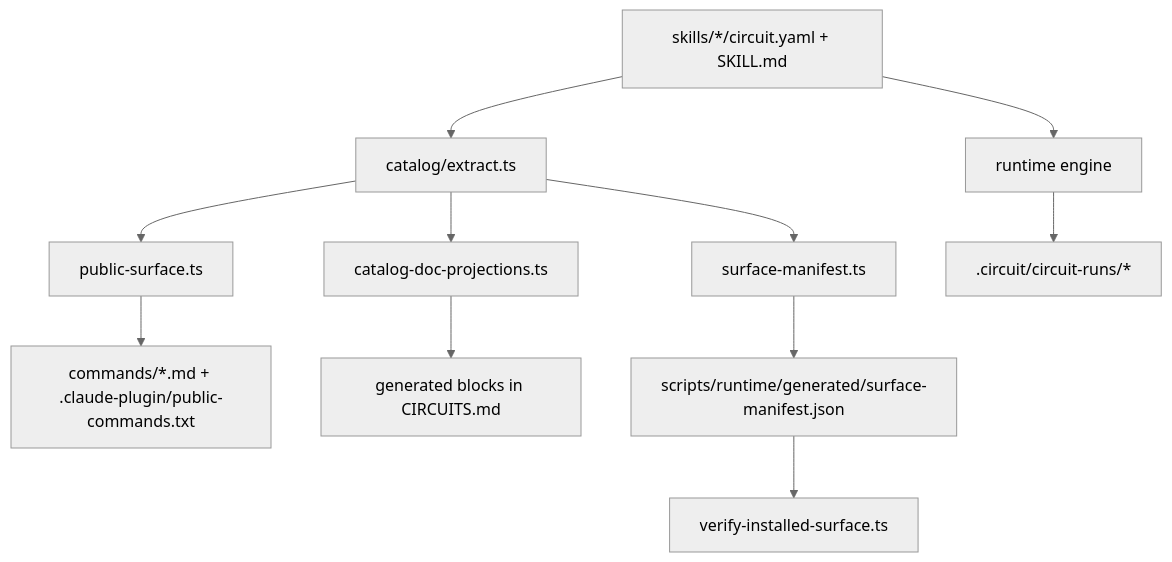
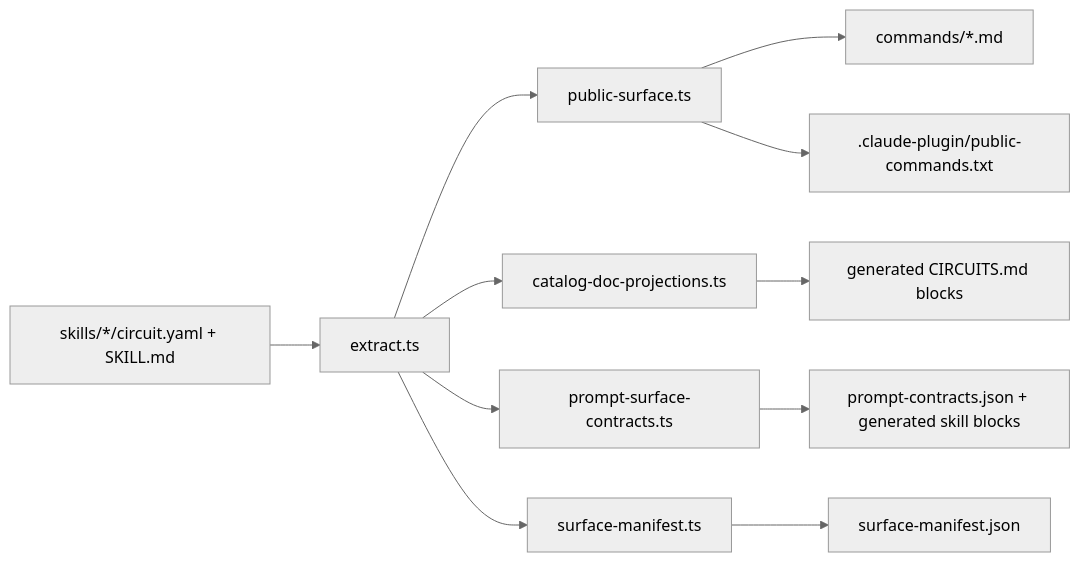
One commit to petekp/circuitry changed the diagram in docs/literate-guide.md. Above: the diagram before and after it, drawn with Mermaid (neutral theme). The commit also changed other lines of this file, not shown here.

Commit message:
Rewrite Circuit literate guide

````diff
--- a/docs/literate-guide.md
+++ b/docs/literate-guide.md
@@ -78,13 +124,13 @@
 ```mermaid
-graph TD
-    A["skills/*/circuit.yaml + SKILL.md"] --> B["catalog/extract.ts"]
+graph LR
+    A["skills/*/circuit.yaml + SKILL.md"] --> B["extract.ts"]
     B --> C["public-surface.ts"]
     B --> D["catalog-doc-projections.ts"]
-    B --> E["surface-manifest.ts"]
-    C --> F["commands/*.md + .claude-plugin/public-commands.txt"]
-    D --> G["generated blocks in CIRCUITS.md"]
-    E --> H["scripts/runtime/generated/surface-manifest.json"]
-    A --> I["runtime engine"]
-    I --> J[".circuit/circuit-runs/*"]
-    H --> K["verify-installed-surface.ts"]
+    B --> E["prompt-surface-contracts.ts"]
+    B --> F["surface-manifest.ts"]
+    C --> G["commands/*.md"]
+    C --> H[".claude-plugin/public-commands.txt"]
+    D --> I["generated CIRCUITS.md blocks"]
+    E --> J["prompt-contracts.json + generated skill blocks"]
+    F --> K["surface-manifest.json"]
 ```
````
